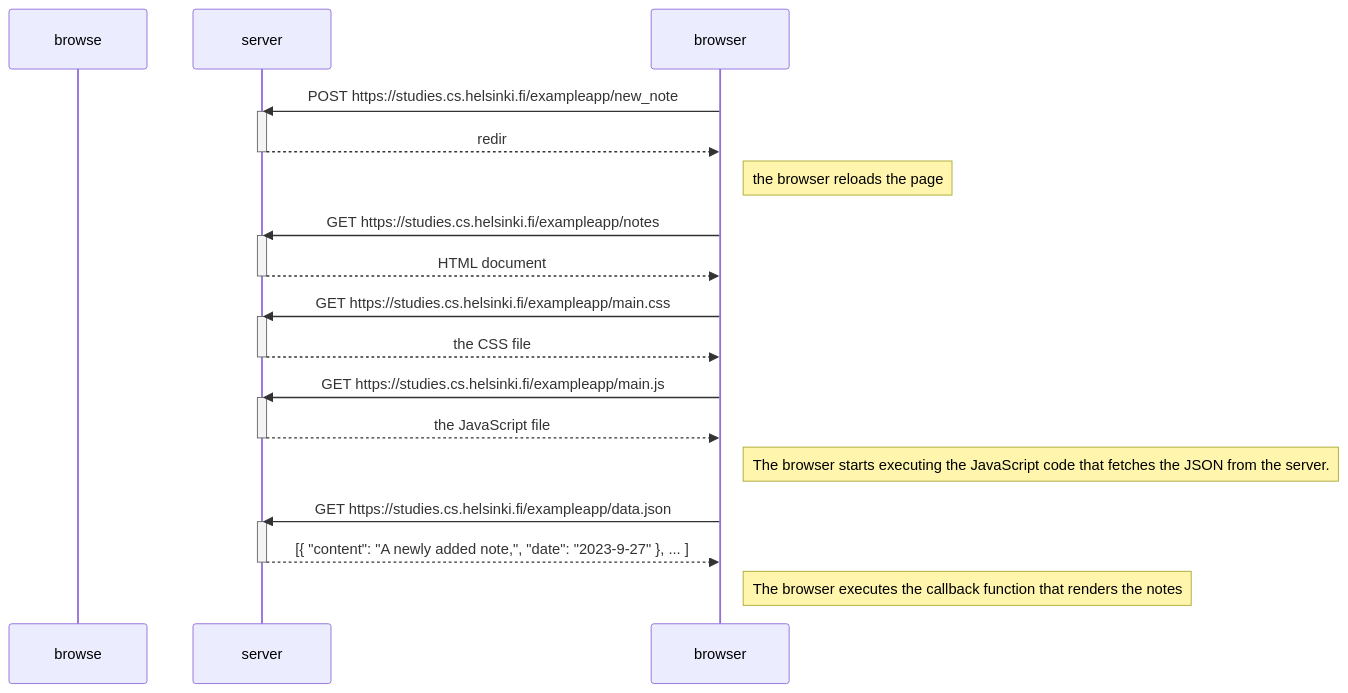
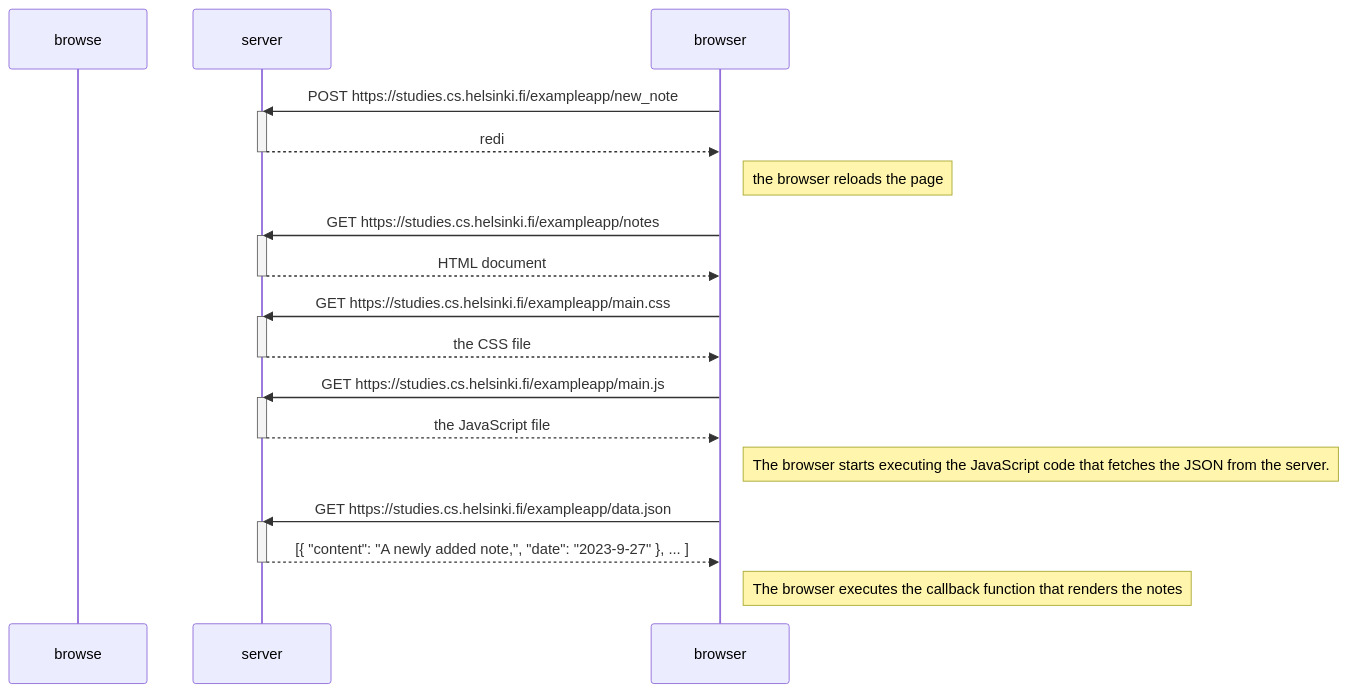
One commit to AlexanderGurnet/fullstackopen changed the diagram in part0/0.4/new_note_diagram.md. Above: the diagram before and after it, drawn with Mermaid.

````diff
--- a/part0/0.4/new_note_diagram.md
+++ b/part0/0.4/new_note_diagram.md
@@ -2,35 +2,35 @@
 ```mermaid
   sequenceDiagram
     participant browse
     participant server
 
     browser->>server: POST https://studies.cs.helsinki.fi/exampleapp/new_note
     activate server
-    server-->>browser: redir
+    server-->>browser: redi
     deactivate server
     Note right of browser: the browser reloads the page
 
     browser->>server: GET https://studies.cs.helsinki.fi/exampleapp/notes
     activate server
     server-->>browser: HTML document
     deactivate server
     
     browser->>server: GET https://studies.cs.helsinki.fi/exampleapp/main.css
     activate server
     server-->>browser: the CSS file
     deactivate server
 
     browser->>server: GET https://studies.cs.helsinki.fi/exampleapp/main.js
     activate server
     server-->>browser: the JavaScript file
     deactivate server
 
     Note right of browser: The browser starts executing the JavaScript code that fetches the JSON from the server.
 
     browser->>server: GET https://studies.cs.helsinki.fi/exampleapp/data.json
     activate server
     server-->>browser: [{ "content": "A newly added note,", "date": "2023-9-27" }, ... ]
     deactivate server
 
     Note right of browser: The browser executes the callback function that renders the notes
 ```
````
